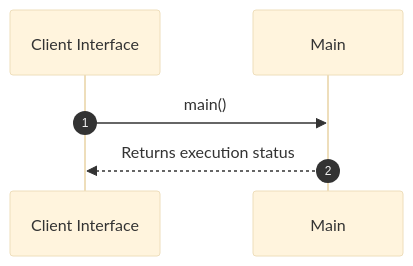
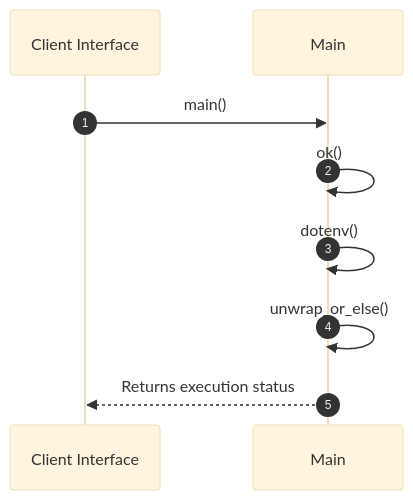
The second of 2 diagrams in openwiki/modules/src/main.md (lgcorzo/fastapi-autogen-team), drawn with Mermaid (base theme) before and after one commit. The commit also changed other lines of this file and 33 other files, not shown here.

Commit message:
Fix PlantUML syntax, missing diagrams, and link formatting in doc generator

````diff
--- a/openwiki/modules/src/main.md
+++ b/openwiki/modules/src/main.md
@@ -40,8 +40,11 @@
 ```mermaid
 sequenceDiagram
     autonumber
     participant Caller as Client Interface
     participant Svc as Main
     Caller->>Svc: main()
+    Svc->>Svc: ok()
+    Svc->>Svc: dotenv()
+    Svc->>Svc: unwrap_or_else()
     Svc-->>Caller: Returns execution status
 ```
````
